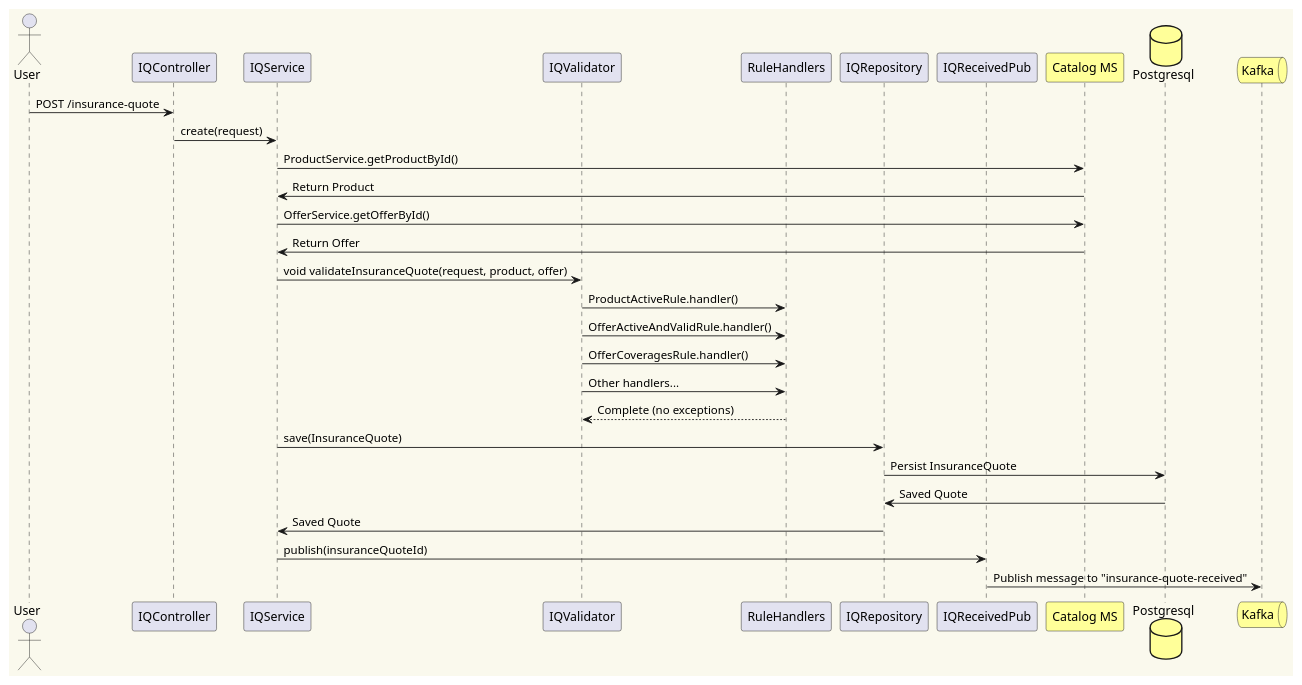
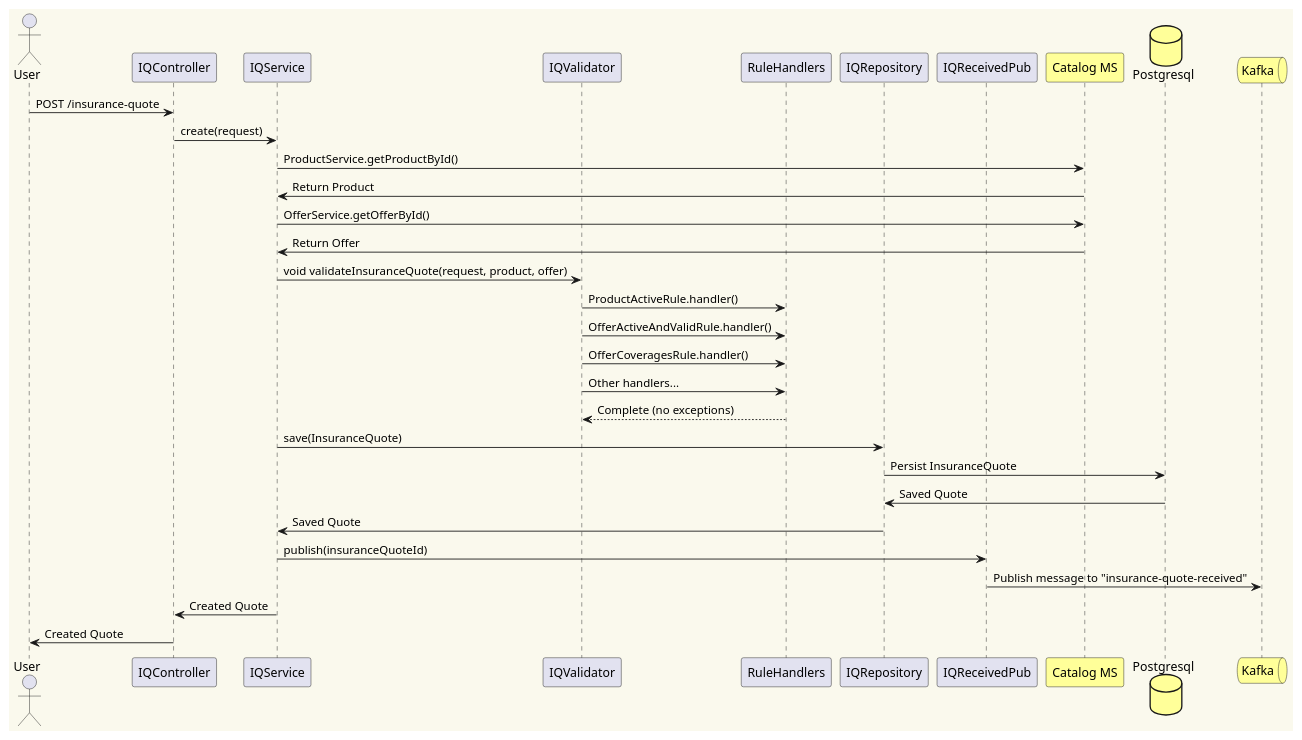
One commit to rkuroki/insurance-quote-ms changed the diagram in misc/diagrams/insurance-quote-registration-flow-sequence_diagram.puml. Above: the diagram before and after it, drawn with PlantUML. The commit also changed 1 other file, not shown here.

Commit message:
Updating README.md, updating diagram;

```diff
--- a/misc/diagrams/insurance-quote-registration-flow-sequence_diagram.puml
+++ b/misc/diagrams/insurance-quote-registration-flow-sequence_diagram.puml
@@ -1,36 +1,38 @@
 @startuml
 skinparam backgroundColor #faf9ed
 actor User
 participant "IQController" as IQC
 participant "IQService" as IQS
 participant "IQValidator" as IQV
 participant "RuleHandlers" as RH
 participant "IQRepository" as IQR
 participant "IQReceivedPub" as IQP
 participant "Catalog MS" as CM #ffff99
 database "Postgresql" as DB #ffff99
 queue "Kafka" as K #ffff99
 
 User -> IQC: POST /insurance-quote
 IQC -> IQS: create(request)
 
 IQS -> CM: ProductService.getProductById()
 CM -> IQS: Return Product
 IQS -> CM: OfferService.getOfferById()
 CM -> IQS: Return Offer
 
 IQS -> IQV: void validateInsuranceQuote(request, product, offer)
 IQV -> RH: ProductActiveRule.handler()
 IQV -> RH: OfferActiveAndValidRule.handler()
 IQV -> RH: OfferCoveragesRule.handler()
 IQV -> RH: Other handlers...
 RH --> IQV: Complete (no exceptions)
 
 IQS -> IQR: save(InsuranceQuote)
 IQR -> DB: Persist InsuranceQuote
 DB -> IQR: Saved Quote
 IQR -> IQS: Saved Quote
 
 IQS -> IQP: publish(insuranceQuoteId)
 IQP -> K: Publish message to "insurance-quote-received"
+IQS -> IQC: Created Quote
+IQC -> User: Created Quote
 @enduml
```
